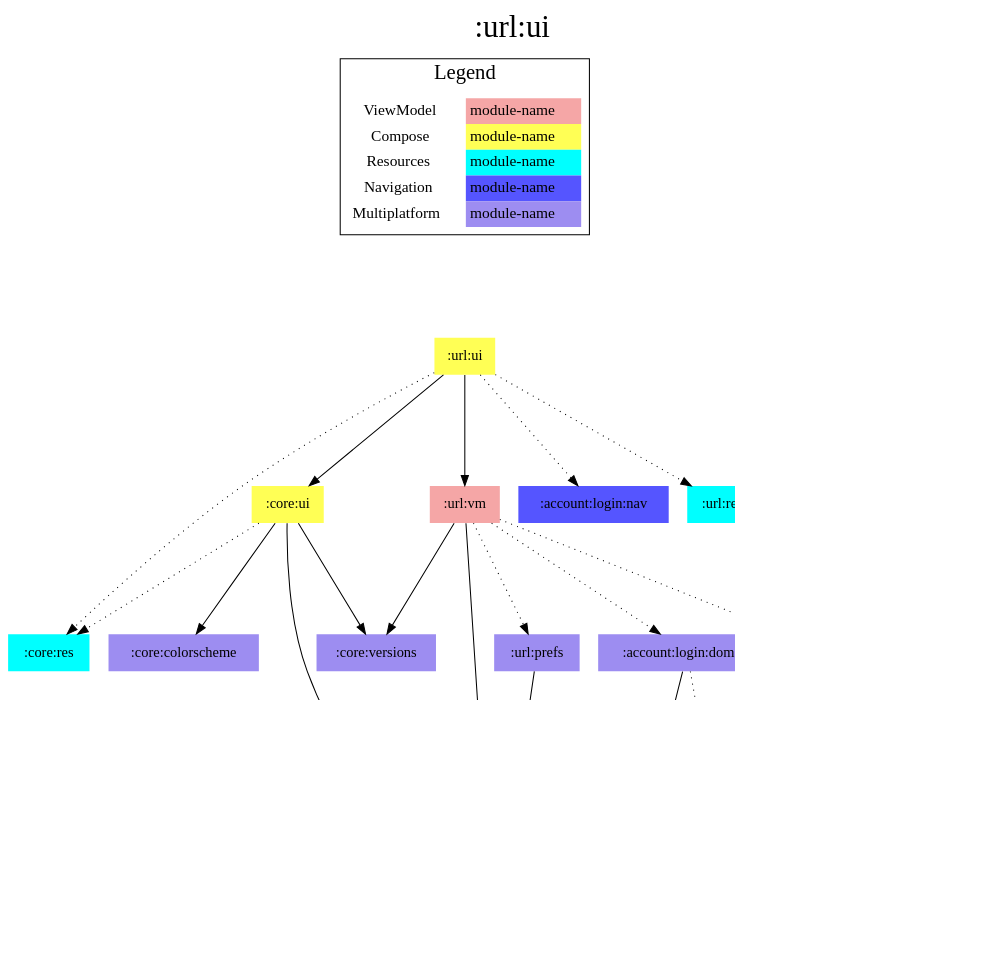
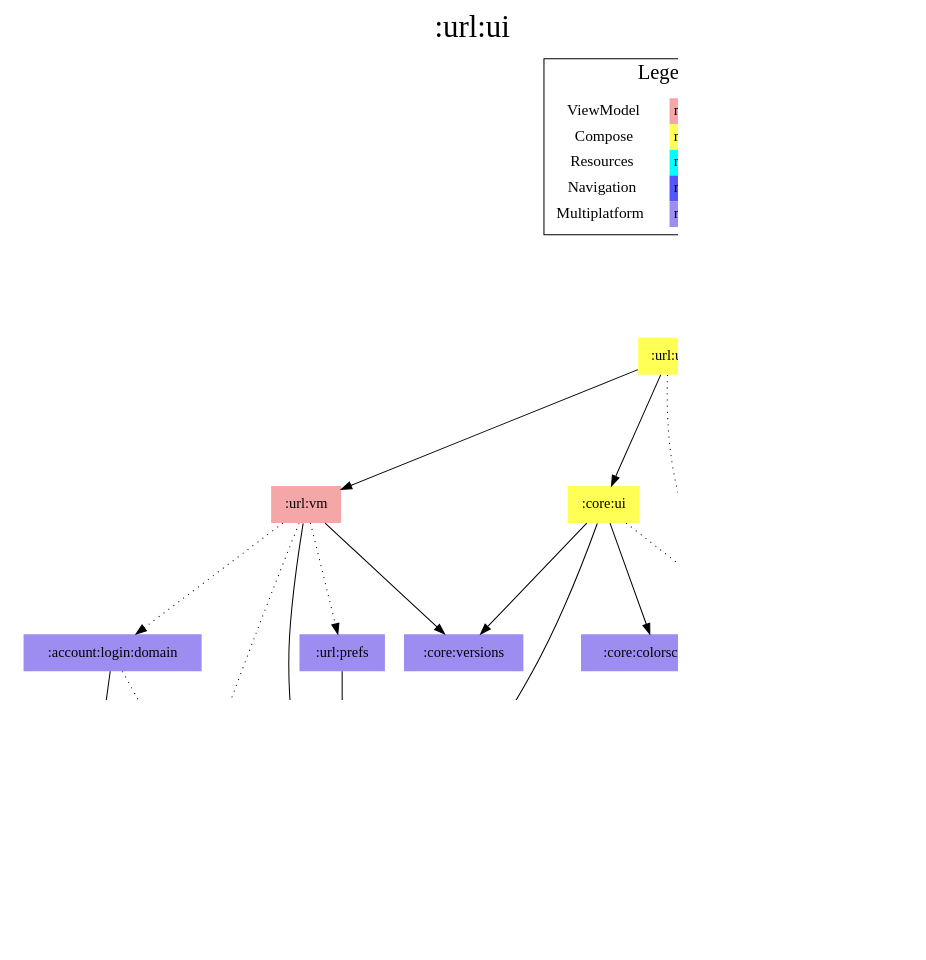
Before and after one commit to jonapoul/aktual: the diagram in modules/url/ui/project-dependency-graph.dot, drawn with Graphviz. The commit also changed 133 other files, not shown here.

```diff
--- a/modules/url/ui/project-dependency-graph.dot
+++ b/modules/url/ui/project-dependency-graph.dot
@@ -1,58 +1,56 @@
 digraph {
 edge ["dir"="forward"]
 graph ["dpi"="100","label"=":url:ui","labelloc"="t","fontsize"="30","ranksep"="1.5","rankdir"="TB"]
 node ["style"="filled"]
-":url:ui" ["fillcolor"="#FFFF55","shape"="none"]
-":core:ui" ["fillcolor"="#FFFF55","shape"="none"]
-":core:colorscheme" ["fillcolor"="#9D8DF1","shape"="none"]
-":core:versions" ["fillcolor"="#9D8DF1","shape"="none"]
-":url:model" ["fillcolor"="#9D8DF1","shape"="none"]
-":core:res" ["fillcolor"="#00FFFF","shape"="none"]
-":url:vm" ["fillcolor"="#F5A6A6","shape"="none"]
 ":account:login:domain" ["fillcolor"="#9D8DF1","shape"="none"]
+":account:login:nav" ["fillcolor"="#5555FF","shape"="none"]
 ":account:model" ["fillcolor"="#9D8DF1","shape"="none"]
 ":api:actual" ["fillcolor"="#9D8DF1","shape"="none"]
 ":budget:model" ["fillcolor"="#9D8DF1","shape"="none"]
-":codegen:annotation" ["fillcolor"="#9D8DF1","shape"="none"]
+":core:colorscheme" ["fillcolor"="#9D8DF1","shape"="none"]
+":core:res" ["fillcolor"="#00FFFF","shape"="none"]
+":core:ui" ["fillcolor"="#FFFF55","shape"="none"]
+":core:versions" ["fillcolor"="#9D8DF1","shape"="none"]
+":url:model" ["fillcolor"="#9D8DF1","shape"="none"]
 ":url:prefs" ["fillcolor"="#9D8DF1","shape"="none"]
-":account:login:nav" ["fillcolor"="#5555FF","shape"="none"]
 ":url:res" ["fillcolor"="#00FFFF","shape"="none"]
+":url:ui" ["fillcolor"="#FFFF55","shape"="none"]
+":url:vm" ["fillcolor"="#F5A6A6","shape"="none"]
 {
 edge ["dir"="none"]
 graph ["rank"="same"]
 }
 ":account:login:domain" -> ":account:model"
 ":account:login:domain" -> ":api:actual" ["style"="dotted"]
 ":api:actual" -> ":account:model"
 ":api:actual" -> ":budget:model"
-":api:actual" -> ":codegen:annotation" ["style"="dotted"]
 ":api:actual" -> ":url:model"
 ":core:ui" -> ":core:colorscheme"
 ":core:ui" -> ":core:res" ["style"="dotted"]
 ":core:ui" -> ":core:versions"
 ":core:ui" -> ":url:model"
 ":url:prefs" -> ":url:model"
 ":url:ui" -> ":account:login:nav" ["style"="dotted"]
 ":url:ui" -> ":core:res" ["style"="dotted"]
 ":url:ui" -> ":core:ui"
 ":url:ui" -> ":url:res" ["style"="dotted"]
 ":url:ui" -> ":url:vm"
 ":url:vm" -> ":account:login:domain" ["style"="dotted"]
 ":url:vm" -> ":api:actual" ["style"="dotted"]
 ":url:vm" -> ":core:versions"
 ":url:vm" -> ":url:model"
 ":url:vm" -> ":url:prefs" ["style"="dotted"]
 subgraph "cluster_legend" {
 edge ["dir"="none"]
 graph ["label"="Legend","fontsize"="20"]
 "Legend" ["style"="filled","fillcolor"="#FFFFFF","shape"="none","margin"="0","fontsize"="15","label"=<
 <TABLE BORDER="0" CELLBORDER="0" CELLSPACING="0" CELLPADDING="4">
 <TR><TD>ViewModel</TD><TD BGCOLOR="#F5A6A6">module-name</TD></TR>
 <TR><TD>Compose</TD><TD BGCOLOR="#FFFF55">module-name</TD></TR>
 <TR><TD>Resources</TD><TD BGCOLOR="#00FFFF">module-name</TD></TR>
 <TR><TD>Navigation</TD><TD BGCOLOR="#5555FF">module-name</TD></TR>
 <TR><TD>Multiplatform</TD><TD BGCOLOR="#9D8DF1">module-name</TD></TR>
 </TABLE>
 >]
 } -> ":url:ui" ["style"="invis"]
 }
```
